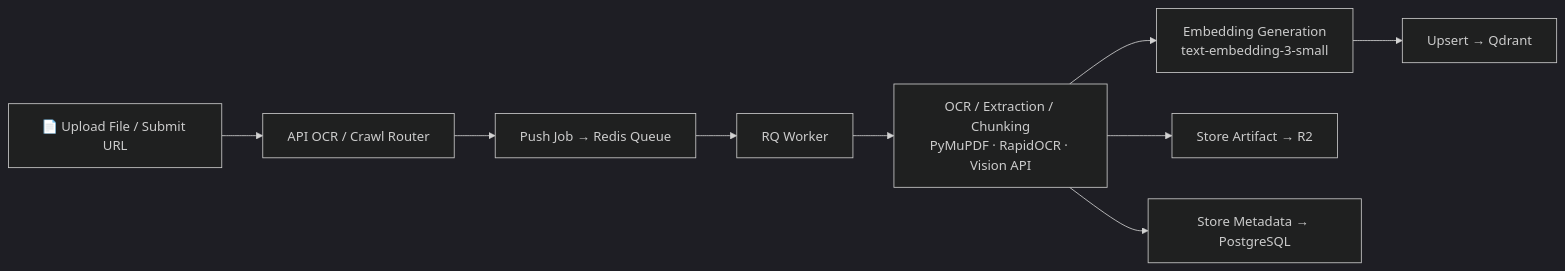
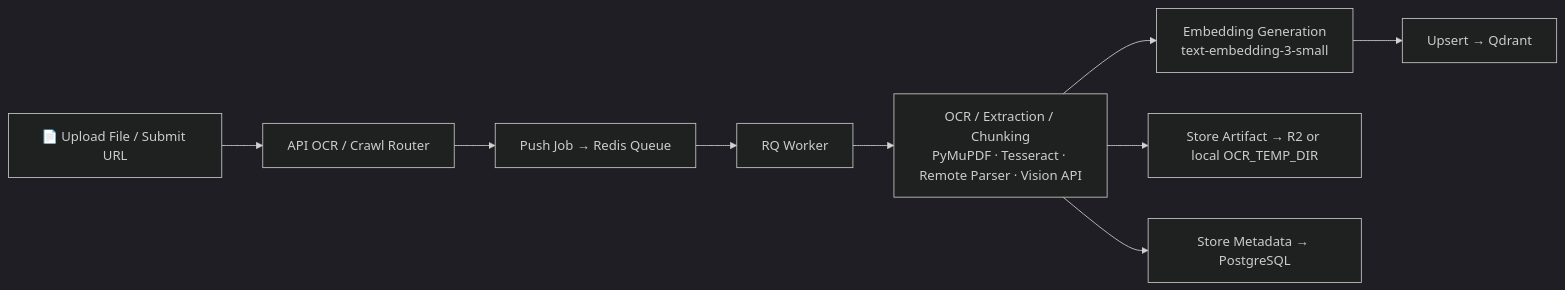
The third of 4 diagrams in README.md (HuyBaoo1/Thesis-Chatbot-AI-2026), drawn with Mermaid (dark theme) before and after one commit. The commit also changed other lines of this file and 118 other files, not shown here.

````diff
--- a/README.md
+++ b/README.md
@@ -191,11 +191,11 @@
 ```mermaid
 flowchart LR
   A["📄 Upload File / Submit URL"] --> B["API OCR / Crawl Router"]
   B --> C["Push Job → Redis Queue"]
   C --> D["RQ Worker"]
-  D --> E["OCR / Extraction / Chunking<br/>PyMuPDF · RapidOCR · Vision API"]
+  D --> E["OCR / Extraction / Chunking<br/>PyMuPDF · Tesseract · Remote Parser · Vision API"]
   E --> F["Embedding Generation<br/>text-embedding-3-small"]
   F --> G["Upsert → Qdrant"]
-  E --> H["Store Artifact → R2"]
+  E --> H["Store Artifact → R2 or local OCR_TEMP_DIR"]
   E --> I["Store Metadata → PostgreSQL"]
 ```
````
